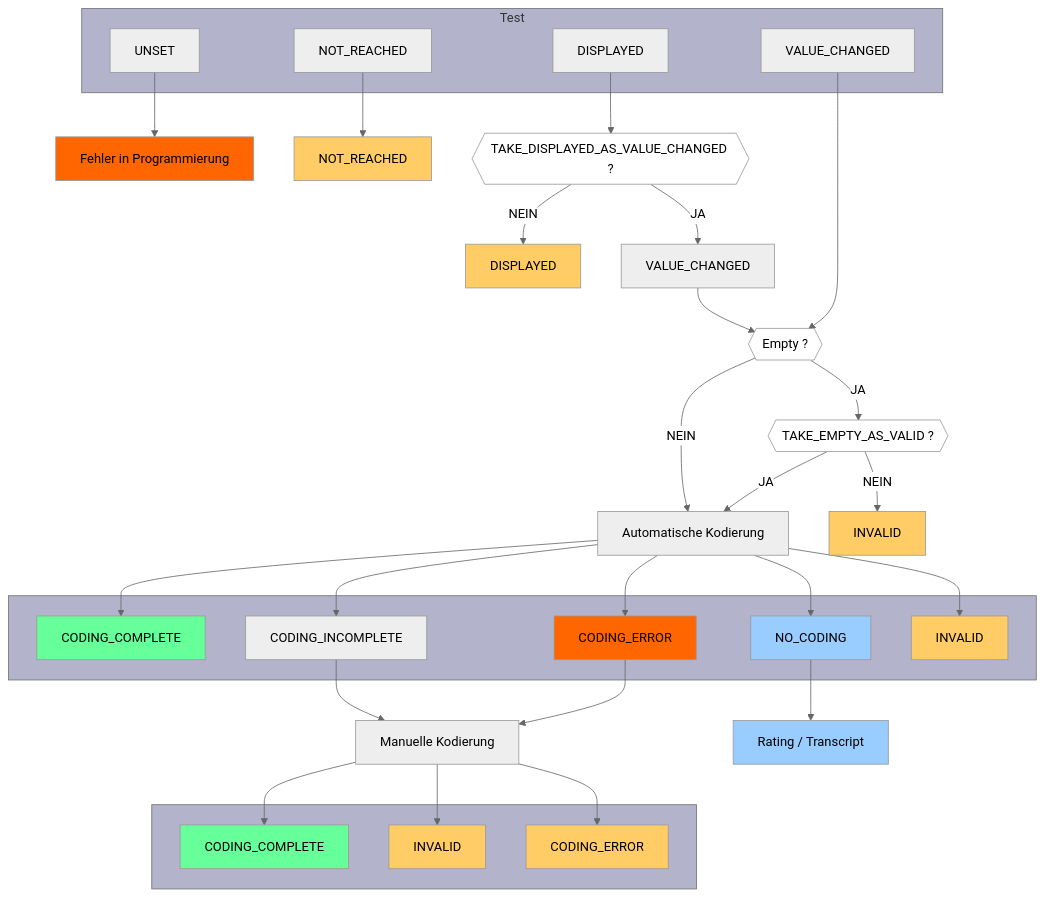
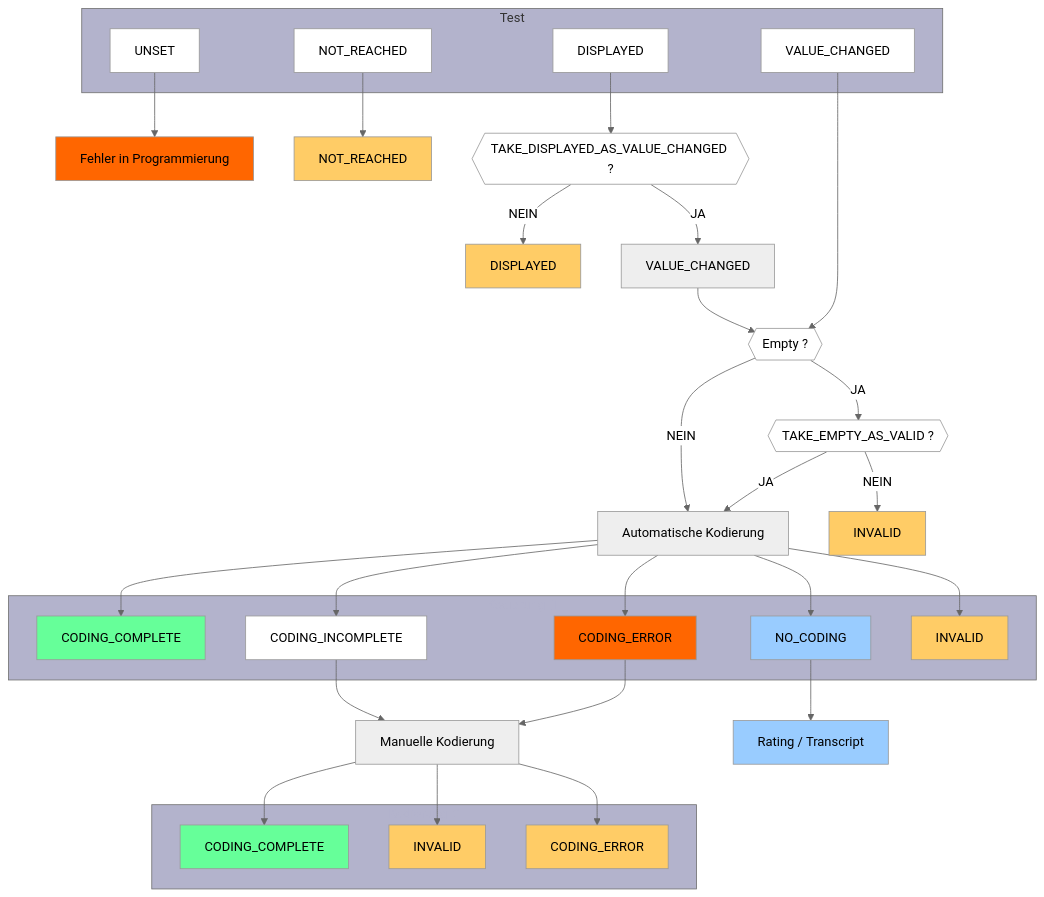
The diagram in data-structures/derive.qmd (iqb-berlin/coding-info), drawn with Mermaid (neutral theme) before and after one commit. The commit also changed 1 other file, not shown here.

Commit message:
Fix colors in missings

````diff
--- a/data-structures/derive.qmd
+++ b/data-structures/derive.qmd
@@ -8,70 +8,75 @@
 ```{mermaid}
 flowchart TD
     subgraph Test
         A[UNSET]
+        style A fill:white
         B[NOT_REACHED]
+        style B fill:white
         C[DISPLAYED]
+        style C fill:white
         D[VALUE_CHANGED]
+        style D fill:white
     end
     style Test fill:#b3b3cc
     A --> F["Fehler in Programmierung"]
     style F fill:#f60
     B --> G[NOT_REACHED]
     style G fill:#fc6
     C --> H{{TAKE_DISPLAYED_AS_VALUE_CHANGED ?}}
     style H fill:white
     H --> |NEIN| L[DISPLAYED]
     style L fill:#fc6
     D --> HX{{Empty ?}}
     T[VALUE_CHANGED]
     H --> |JA| T
     T --> HX
     style HX fill:white
     HX --> |NEIN| K["Automatische Kodierung"]
     X --> |JA| K
     HX --> |JA| X{{TAKE_EMPTY_AS_VALID ?}}
     X --> |NEIN| XY[INVALID]
     style X fill:white
     style XY fill:#fc6
 
     subgraph Kodierung_1
         K1[CODING_COMPLETE]
         style K1 fill:#6f9
         K2[CODING_INCOMPLETE]
+        style K2 fill:white
         K5[CODING_ERROR]
         style K5 fill:#f60
         K3[NO_CODING]
         style K3 fill:#9cf
         K4[INVALID]
         style K4 fill:#fc6
     end
     style Kodierung_1 fill:#b3b3cc
     style Kodierung_1 color:#b3b3cc
     K --> K1
     K --> K2
     K --> K5
     K --> K3
     K --> K4
 
     R["Manuelle Kodierung"]
     K2 --> R
     K5 --> R
 
     RE["Rating / Transcript"]
     style RE fill:#9cf
     K3 --> RE
     subgraph Kodierung_2
         K2_1[CODING_COMPLETE]
         style K2_1 fill:#6f9
         K2_4[INVALID]
         style K2_4 fill:#fc6
         K2_5[CODING_ERROR]
         style K2_5 fill:#fc6
     end
     style Kodierung_2 fill:#b3b3cc
     style Kodierung_2 color:#b3b3cc
     R --> K2_1
     R --> K2_4
     R --> K2_5
 
 ```
````
